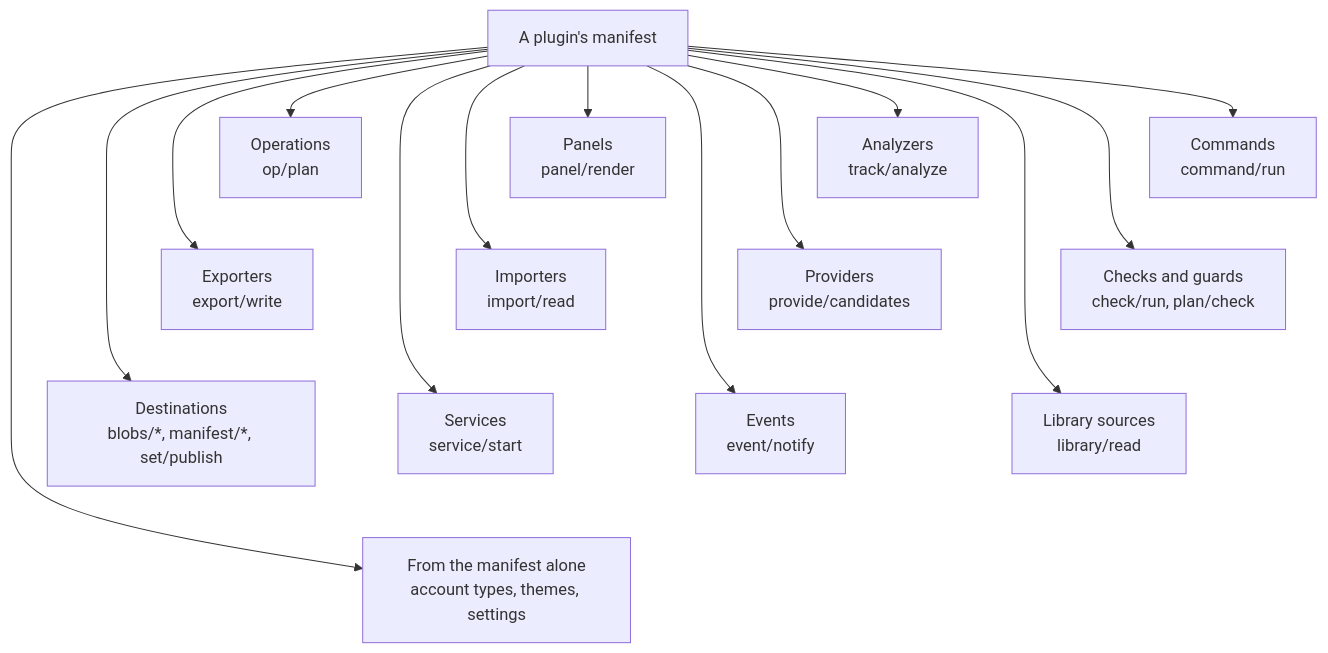
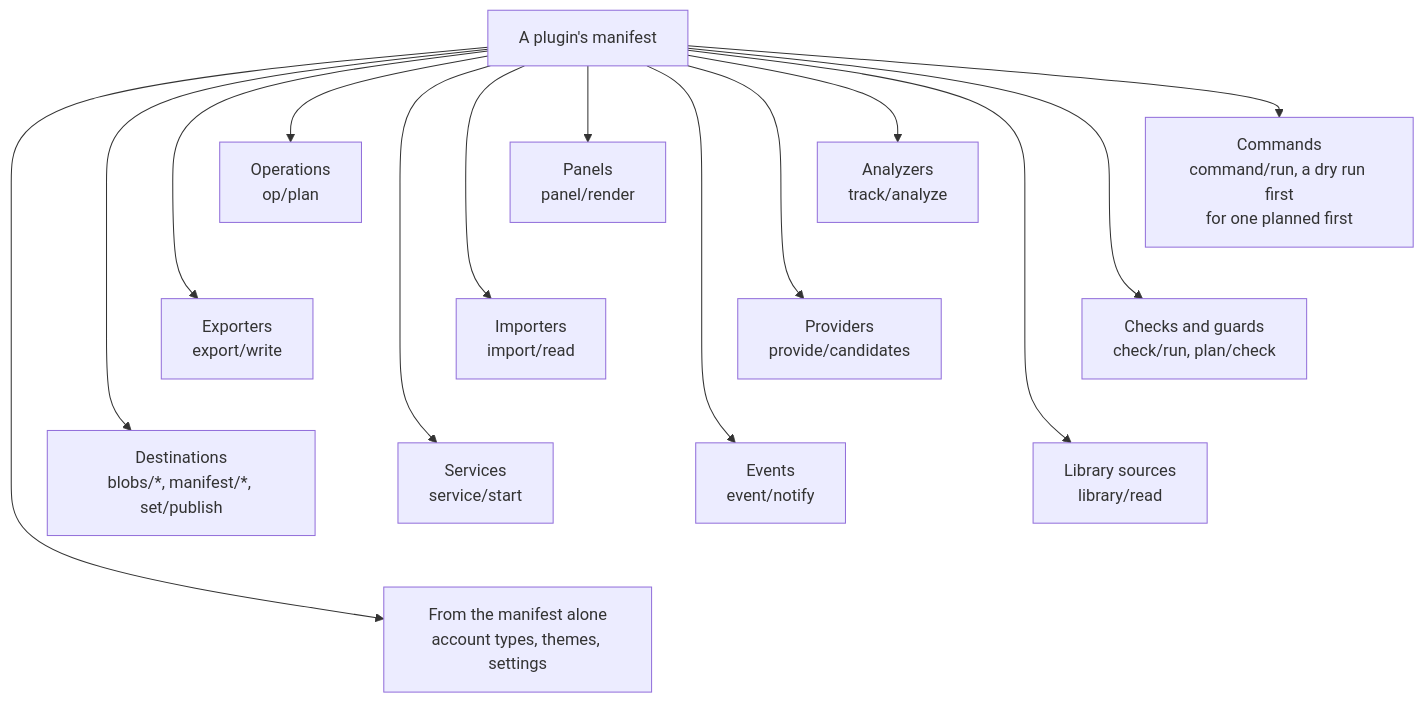
Before and after one commit to cutenode/localnetwork: the first of 17 diagrams in apps/locallibrary/docs/diagrams/plugins.md, drawn with Mermaid. The commit also changed other lines of this file and 3 other files, not shown here.

First line of the commit message:
docs(locallibrary): draw planned plugin commands in the diagrams

````diff
--- a/apps/locallibrary/docs/diagrams/plugins.md
+++ b/apps/locallibrary/docs/diagrams/plugins.md
@@ -27,26 +27,26 @@
 ```mermaid
 flowchart TD
     hub["A plugin's manifest"]
-    hub --> commands["Commands<br/>command/run"]
+    hub --> commands["Commands<br/>command/run, a dry run first<br/>for one planned first"]
     hub --> operations["Operations<br/>op/plan"]
     hub --> panels["Panels<br/>panel/render"]
     hub --> analyzers["Analyzers<br/>track/analyze"]
     hub --> checks["Checks and guards<br/>check/run, plan/check"]
     hub --> exporters["Exporters<br/>export/write"]
     hub --> importers["Importers<br/>import/read"]
     hub --> providers["Providers<br/>provide/candidates"]
     hub --> sources["Library sources<br/>library/read"]
     hub --> destinations["Destinations<br/>blobs/*, manifest/*, set/publish"]
     hub --> services["Services<br/>service/start"]
     hub --> events["Events<br/>event/notify"]
     hub --> manifest["From the manifest alone<br/>account types, themes, settings"]
     commands ~~~ checks
     operations ~~~ exporters
     panels ~~~ importers
     analyzers ~~~ providers
     checks ~~~ sources
     exporters ~~~ destinations
     importers ~~~ services
     providers ~~~ events
     sources ~~~ manifest
 ```
````
